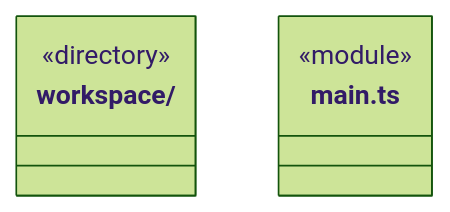
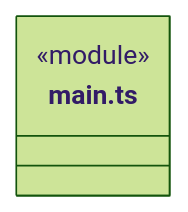
Before and after one commit to nan023062/cbim: the fourth of 7 diagrams in src/backend/main/ARCHITECTURE.md, drawn with Mermaid (forest theme). The commit also changed other lines of this file and 74 other files, not shown here.

````diff
--- a/src/backend/main/ARCHITECTURE.md
+++ b/src/backend/main/ARCHITECTURE.md
@@ -93,9 +95,6 @@
 ```mermaid
 classDiagram
-class N_src_backend_main_workspace["workspace/"] {
-  <<directory>>
-}
 class N_src_backend_main_main_ts["main.ts"] {
   <<module>>
 }
 ```
````
